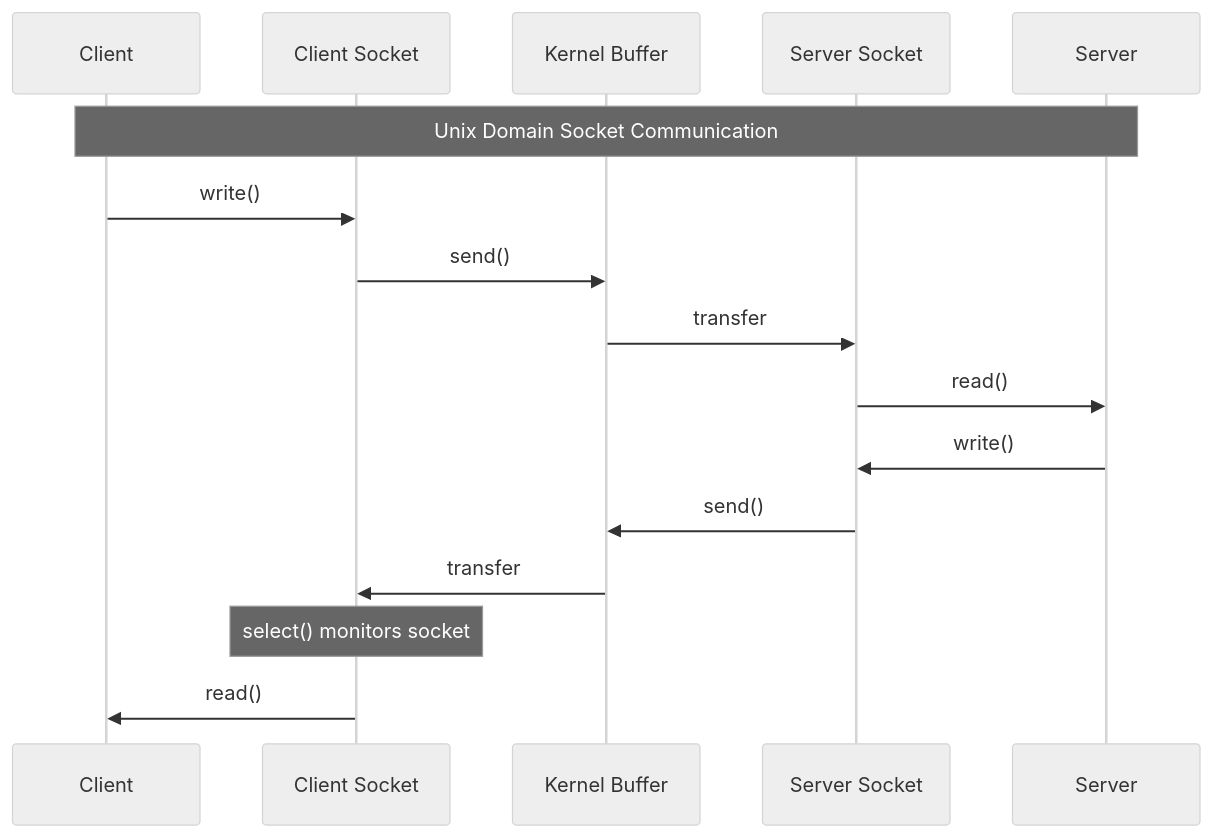
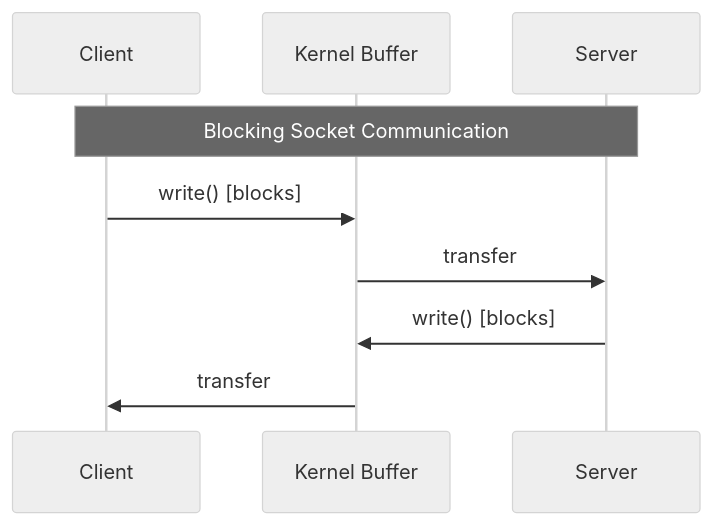
Before and after one commit to samuel-williams-shopify/ipc-benchmark: the first of 6 diagrams in readme.md, drawn with Mermaid (neutral theme). The commit also changed other lines of this file, not shown here.

````diff
--- a/readme.md
+++ b/readme.md
@@ -65,21 +68,13 @@
 ```mermaid
 sequenceDiagram
     participant C as Client
-    participant CS as Client Socket
     participant KB as Kernel Buffer
-    participant SS as Server Socket
     participant S as Server
 
-    Note over C,S: Unix Domain Socket Communication
+    Note over C,S: Blocking Socket Communication
     
-    C->>CS: write()
-    CS->>KB: send()
-    KB->>SS: transfer
-    SS->>S: read()
-    
-    S->>SS: write() 
-    SS->>KB: send()
-    KB->>CS: transfer
-   Note over CS: select() monitors socket
-    CS->>C: read()
+    C->>KB: write() [blocks]
+    KB->>S: transfer
+    S->>KB: write() [blocks]
+    KB->>C: transfer
 ```
````
